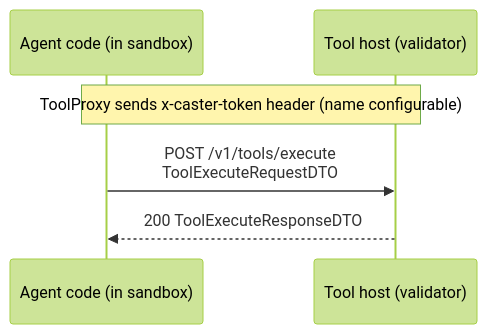
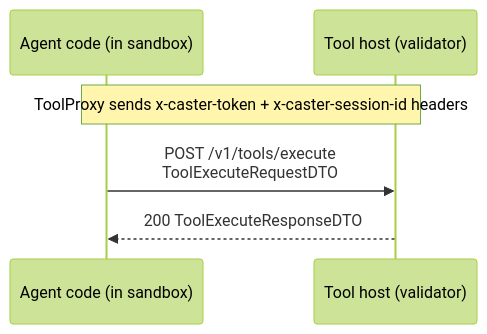
The sixth of 7 diagrams in docs/api/flows.md (caster-hub/caster), drawn with Mermaid (forest theme) before and after one commit. The commit also changed other lines of this file and 22 other files, not shown here.

````diff
--- a/docs/api/flows.md
+++ b/docs/api/flows.md
@@ -159,9 +160,9 @@
 ```mermaid
 sequenceDiagram
   participant A as Agent code (in sandbox)
   participant H as Tool host (validator)
 
-  Note over A,H: ToolProxy sends x-caster-token header (name configurable)
+  Note over A,H: ToolProxy sends x-caster-token + x-caster-session-id headers
   A->>H: POST /v1/tools/execute<br/>ToolExecuteRequestDTO
   H-->>A: 200 ToolExecuteResponseDTO
 ```
````
